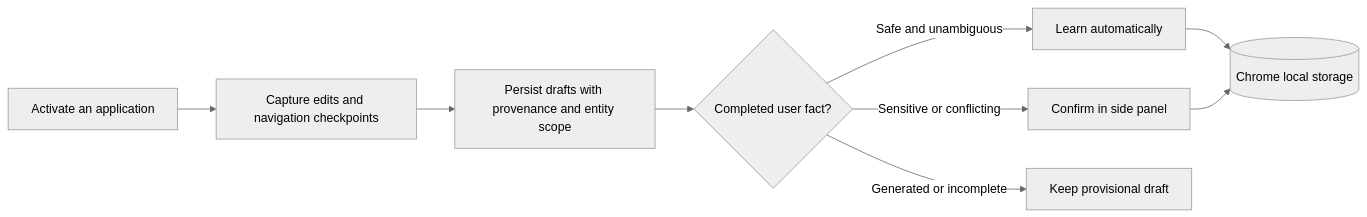
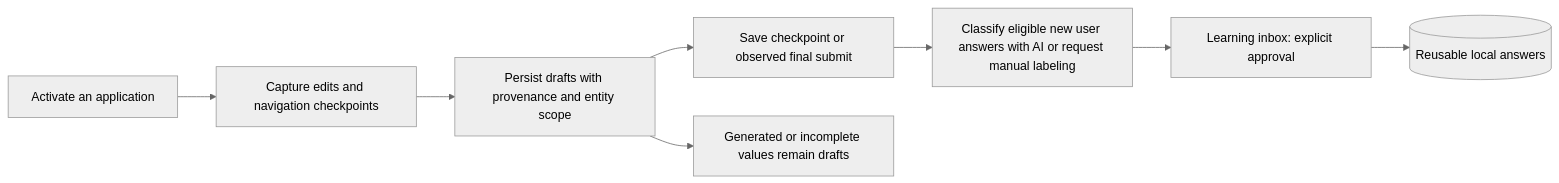
Before and after one commit to humandotlearning/job-application-autofill-extension: the third of 3 diagrams in README.md, drawn with Mermaid (neutral theme). The commit also changed other lines of this file and 34 other files, not shown here.

````diff
--- a/README.md
+++ b/README.md
@@ -87,11 +89,10 @@
 ```mermaid
 flowchart LR
     A[Activate an application] --> B[Capture edits and navigation checkpoints]
     B --> C[Persist drafts with provenance and entity scope]
-    C --> D{Completed user fact?}
-    D -->|Safe and unambiguous| E[Learn automatically]
-    D -->|Sensitive or conflicting| F[Confirm in side panel]
-    D -->|Generated or incomplete| G[Keep provisional draft]
-    E --> H[(Chrome local storage)]
-    F --> H
+    C --> D[Save checkpoint or observed final submit]
+    D --> E[Classify eligible new user answers with AI or request manual labeling]
+    E --> F[Learning inbox: explicit approval]
+    F --> H[(Reusable local answers)]
+    C --> G[Generated or incomplete values remain drafts]
 ```
````
